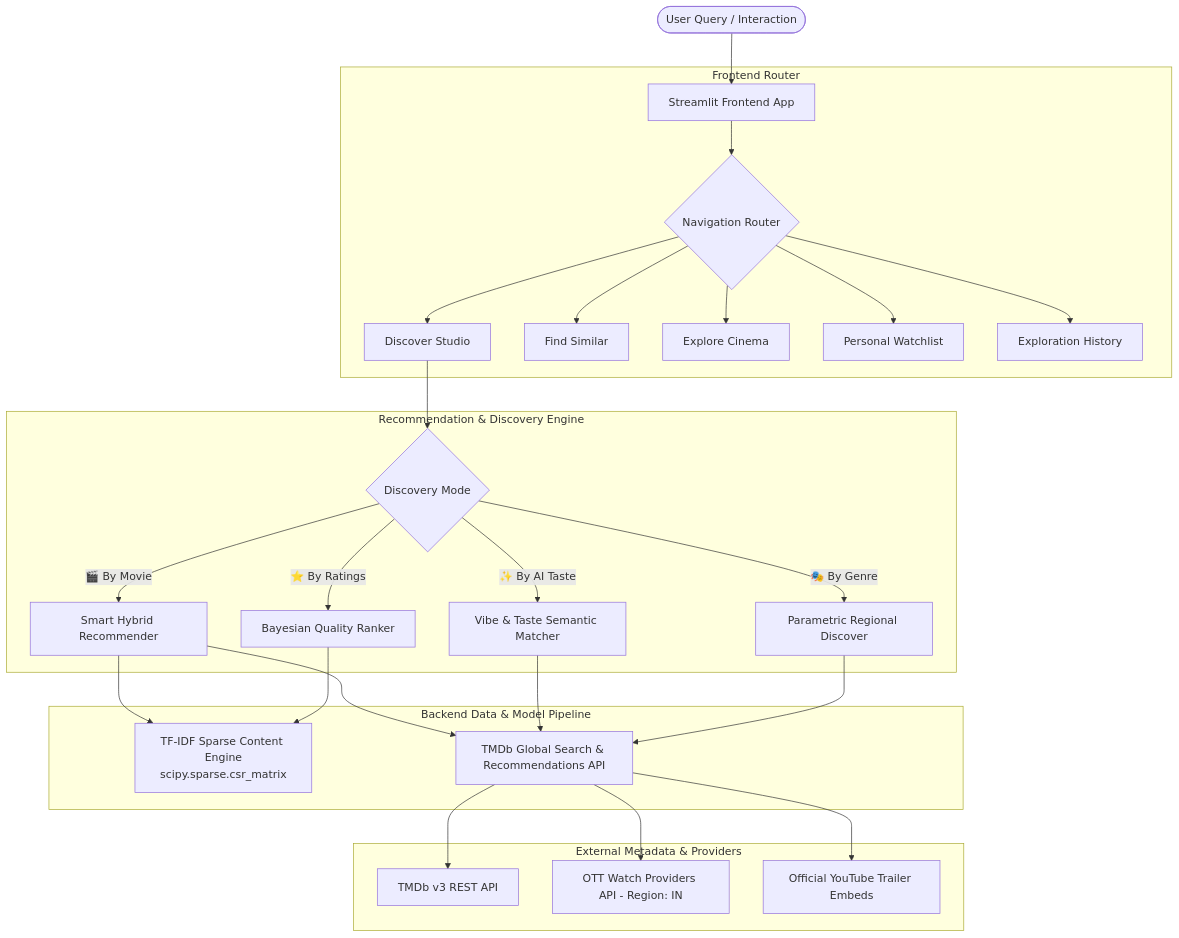
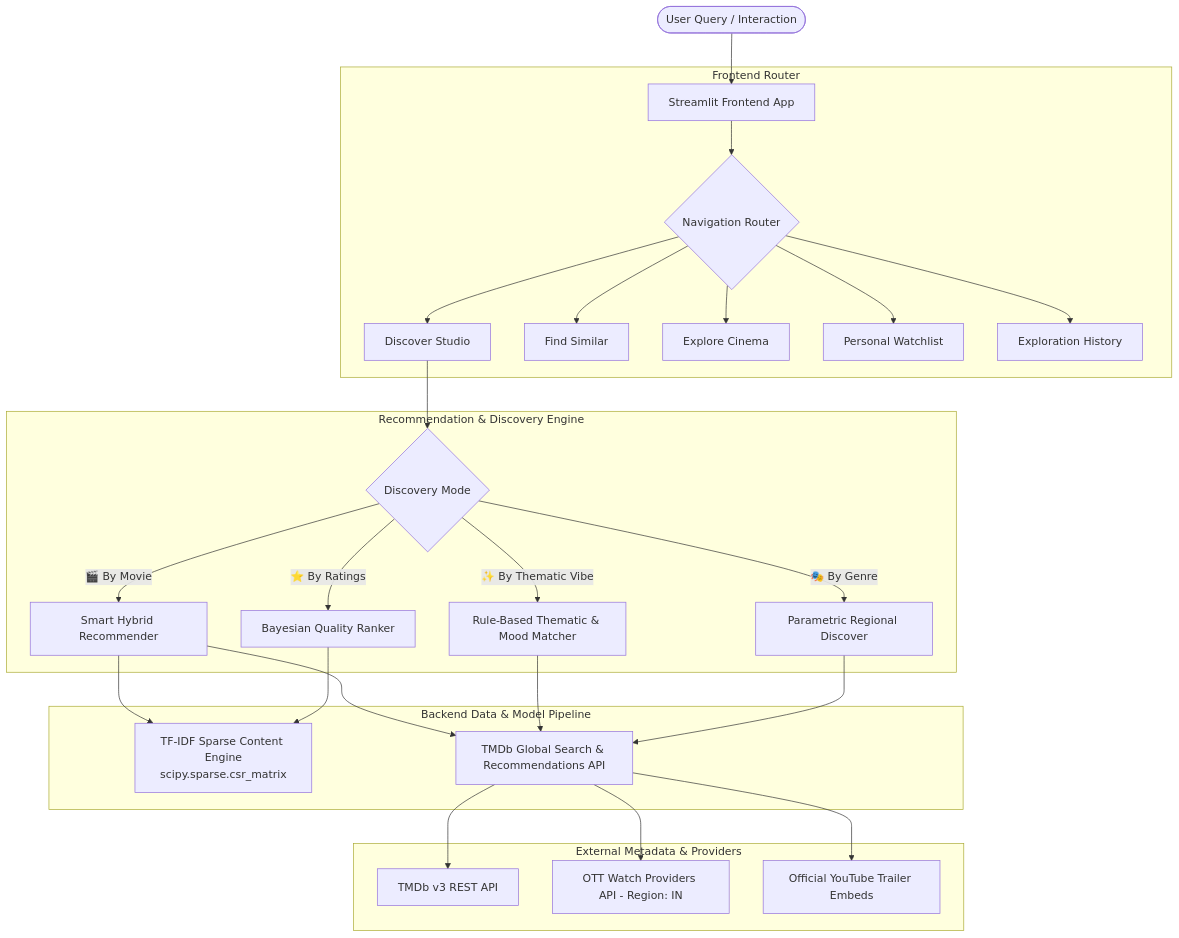
The diagram in README.md (Subhamgupta9/Cinematch-ai), drawn with Mermaid before and after one commit. The commit also changed other lines of this file and 14 other files, not shown here.

First line of the commit message:
fix: resolve architecture, title resolution, caching, and test fidelity issues

````diff
--- a/README.md
+++ b/README.md
@@ -26,35 +26,35 @@
 ```mermaid
 graph TD
     User([User Query / Interaction]) --> UI[Streamlit Frontend App]
     
     subgraph Frontend Router
         UI --> Nav{Navigation Router}
         Nav --> P1[Discover Studio]
         Nav --> P2[Find Similar]
         Nav --> P3[Explore Cinema]
         Nav --> P4[Personal Watchlist]
         Nav --> P5[Exploration History]
     end
 
     subgraph Recommendation & Discovery Engine
         P1 --> EngineRouter{Discovery Mode}
-        EngineRouter -->|✨ By AI Taste| AIVibe[Vibe & Taste Semantic Matcher]
+        EngineRouter -->|✨ By Thematic Vibe| AIVibe[Rule-Based Thematic & Mood Matcher]
         EngineRouter -->|🎬 By Movie| SmartRec[Smart Hybrid Recommender]
         EngineRouter -->|🎭 By Genre| GenreDisc[Parametric Regional Discover]
         EngineRouter -->|⭐ By Ratings| RatingRank[Bayesian Quality Ranker]
     end
 
     subgraph Backend Data & Model Pipeline
         SmartRec --> ML_Engine[TF-IDF Sparse Content Engine<br/>scipy.sparse.csr_matrix]
         SmartRec --> TMDb_Client[TMDb Global Search & Recommendations API]
         AIVibe --> TMDb_Client
         GenreDisc --> TMDb_Client
         RatingRank --> ML_Engine
     end
 
     subgraph External Metadata & Providers
         TMDb_Client --> TMDb_API[TMDb v3 REST API]
         TMDb_Client --> JustWatch_API[OTT Watch Providers API - Region: IN]
         TMDb_Client --> YT_API[Official YouTube Trailer Embeds]
     end
 ```
````
